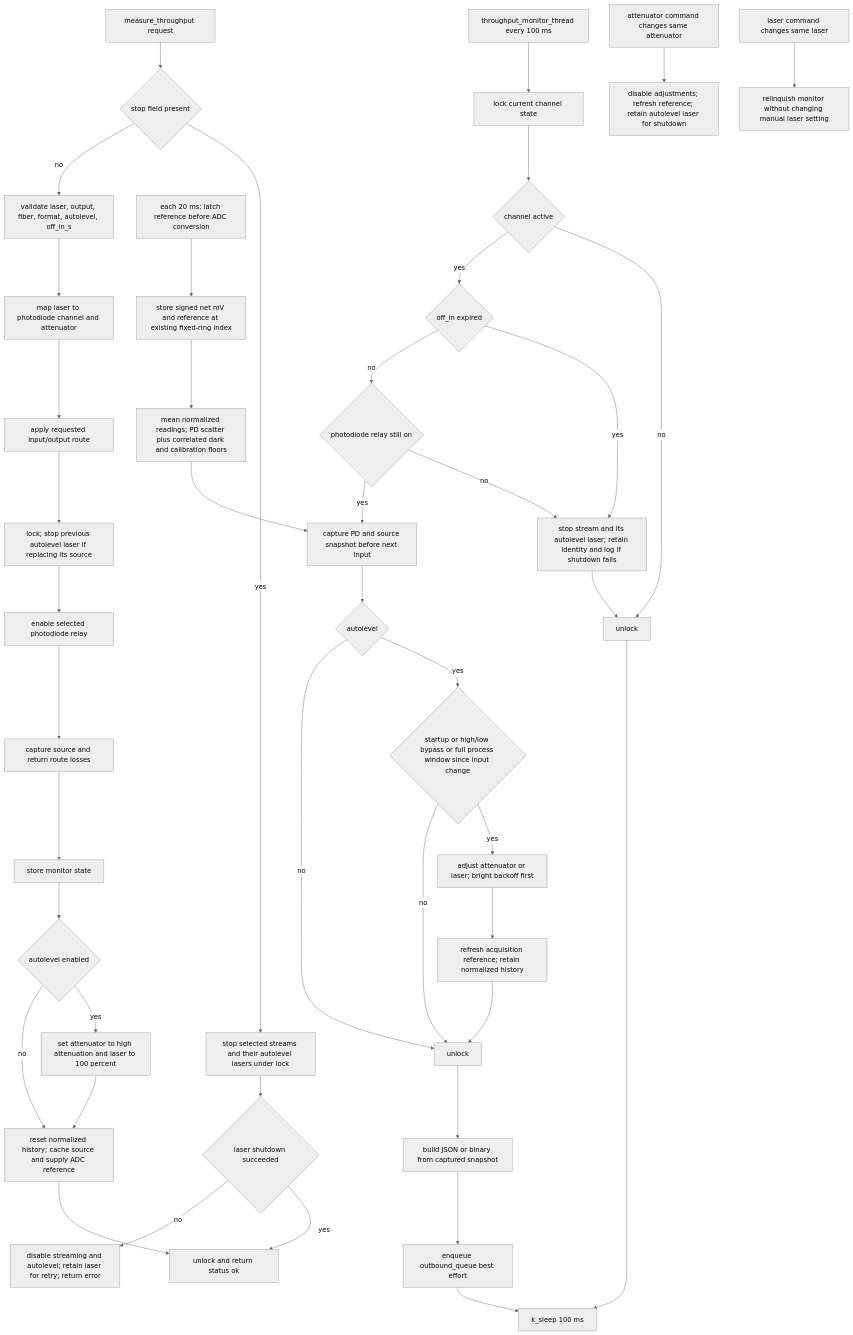
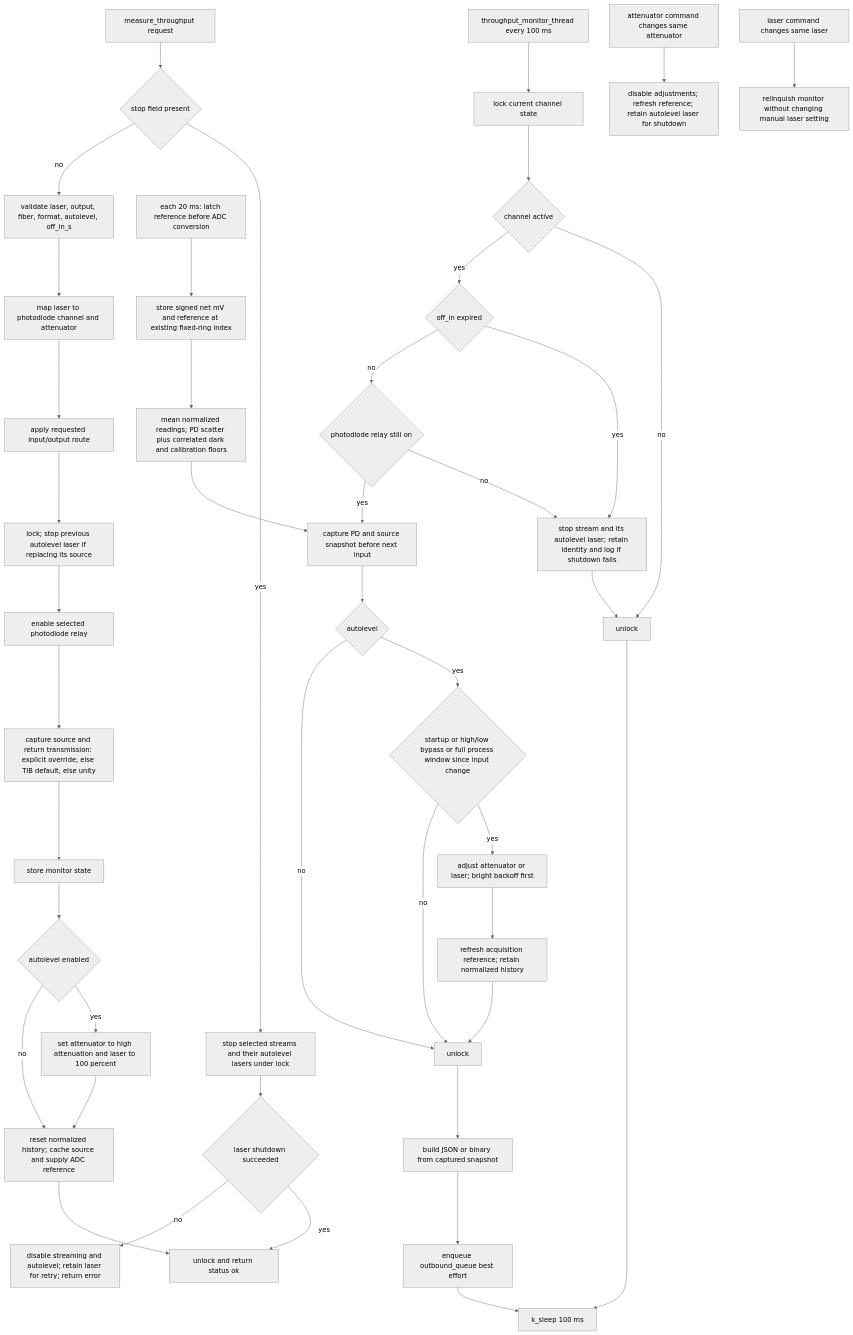
One commit to COO-Utilities/hispec-tib changed diagram 11 of 24 in doc/diagrams.md. Above: the diagram before and after it, drawn with Mermaid (neutral theme). The commit also changed 9 other files, not shown here.

Commit message:
Apply nominal TIB route losses and preserve high-loss readback precision

````diff
--- a/doc/diagrams.md
+++ b/doc/diagrams.md
@@ -235,47 +235,47 @@
 ```mermaid
 flowchart TD
   Command[measure_throughput request] --> Stop{stop field present}
   Stop -- yes --> StopReq[stop selected streams and their autolevel lasers under lock]
   Stop -- no --> Validate[validate laser, output, fiber, format, autolevel, off_in_s]
   Validate --> Map[map laser to photodiode channel and attenuator]
   Map --> Route[apply requested input/output route]
   Route --> StartLock[lock; stop previous autolevel laser if replacing its source]
   StartLock --> PdPower[enable selected photodiode relay]
-  PdPower --> Loss[capture source and return route losses]
+  PdPower --> Loss[capture source and return transmission: explicit override, else TIB default, else unity]
   Loss --> Arm[store monitor state]
   Arm --> AutoStart{autolevel enabled}
   AutoStart -- yes --> Seed[set attenuator to high attenuation and laser to 100 percent]
   AutoStart -- no --> Ref[reset normalized history; cache source and supply ADC reference]
   Seed --> Ref
   Ref --> Ok[unlock and return status ok]
   ADC[each 20 ms: latch reference before ADC conversion] --> Ring[store signed net mV and reference at existing fixed-ring index]
   Ring --> Average[mean normalized readings; PD scatter plus correlated dark and calibration floors]
   StopReq --> Stopped{laser shutdown succeeded}
   Stopped -- yes --> Ok
   Stopped -- no --> StopError[disable streaming and autolevel; retain laser for retry; return error]
 
   Thread[throughput_monitor_thread every 100 ms] --> Lock[lock current channel state]
   Lock --> Active{channel active}
   Active -- no --> Unlock[unlock]
   Active -- yes --> Timeout{off_in expired}
   Timeout -- yes --> Clear[stop stream and its autolevel laser; retain identity and log if shutdown fails]
   Timeout -- no --> PdOn{photodiode relay still on}
   PdOn -- no --> Clear
   PdOn -- yes --> Capture[capture PD and source snapshot before next input]
   Average --> Capture
   Capture --> Auto{autolevel}
   Auto -- yes --> Gate{startup or high/low bypass or full process window since input change}
   Gate -- yes --> Adjust[adjust attenuator or laser; bright backoff first]
   Gate -- no --> Sync
   Auto -- no --> Sync
   Adjust --> Update[refresh acquisition reference; retain normalized history]
   Update --> Sync[unlock]
   Sync --> Publish[build JSON or binary from captured snapshot]
   Publish --> OutQ[enqueue outbound_queue best effort]
   OutQ --> Sleep[k_sleep 100 ms]
   Clear --> Unlock
   Unlock --> Sleep
 
   AttenChange[attenuator command changes same attenuator] --> DisableAuto[disable adjustments; refresh reference; retain autolevel laser for shutdown]
   LaserChange[laser command changes same laser] --> StopMonitor[relinquish monitor without changing manual laser setting]
 ```
````
